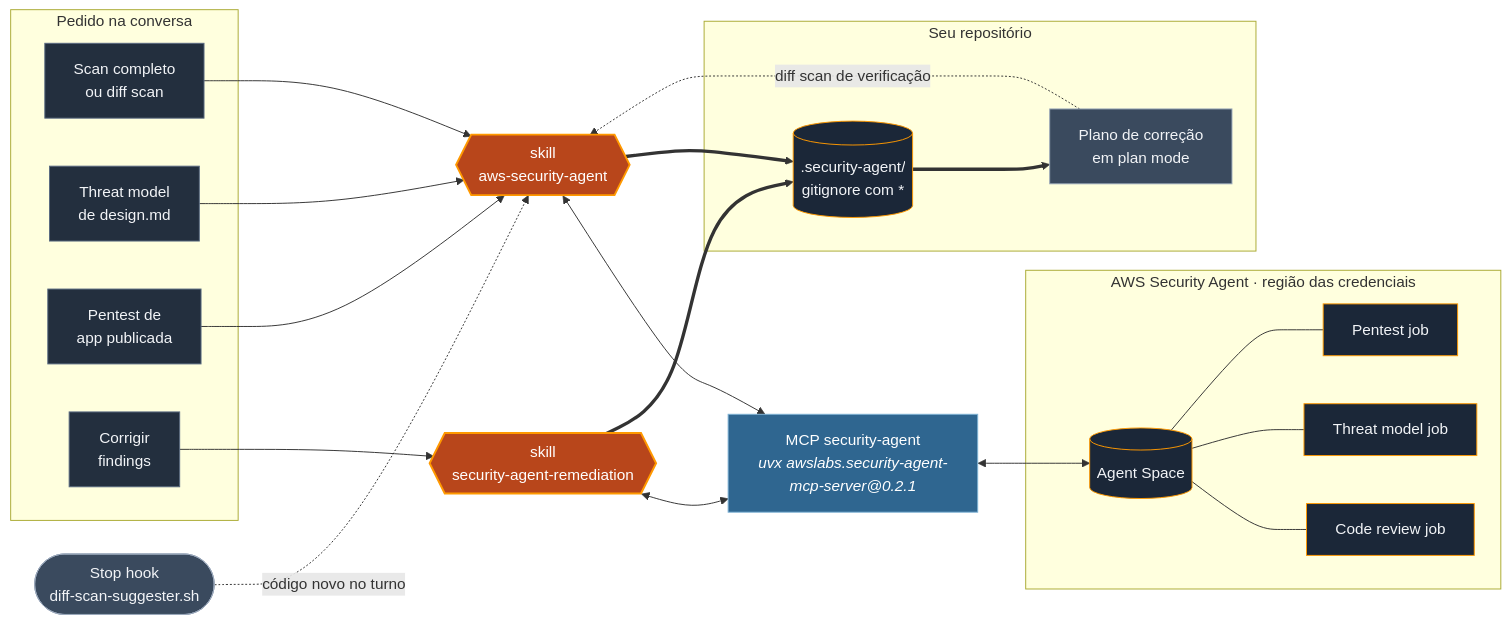
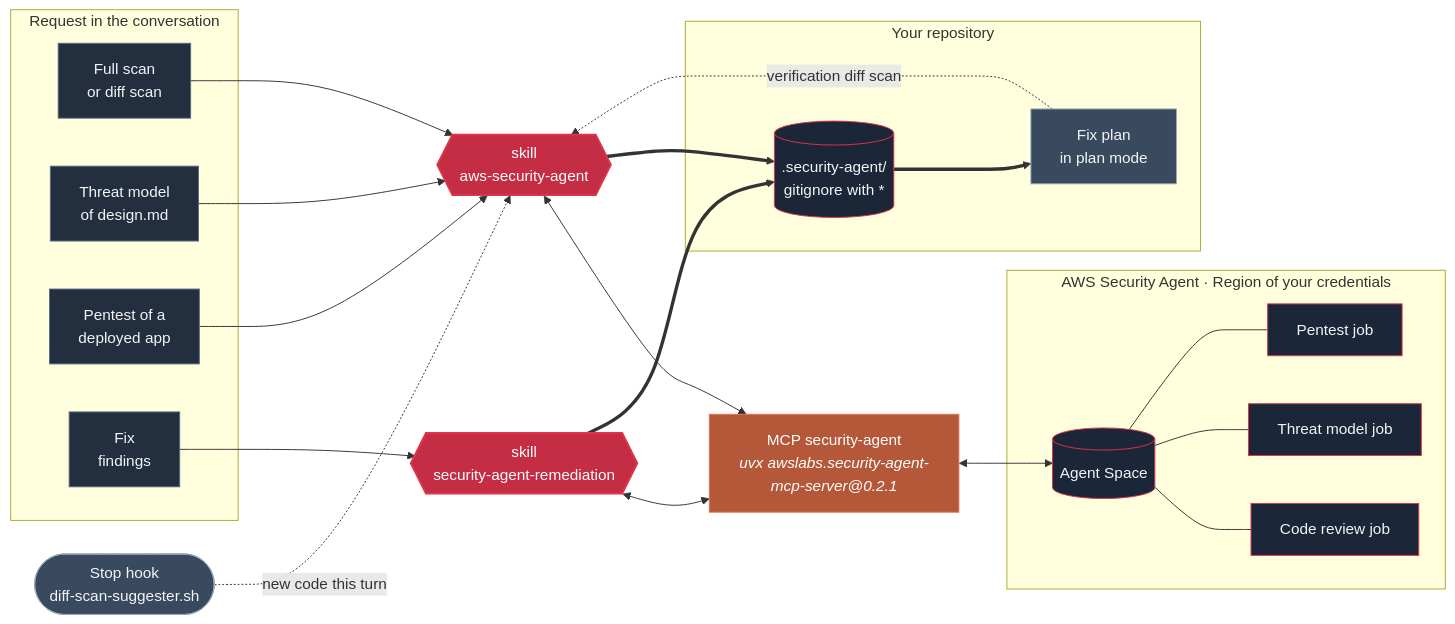
Before and after one commit to renatofigueiredods/aws-security-agent-claude: the diagram in README.md, drawn with Mermaid. The commit also changed other lines of this file and 41 other files, not shown here.

````diff
--- a/README.md
+++ b/README.md
@@ -79,54 +110,54 @@
 ```mermaid
 flowchart LR
-    subgraph pedido["Pedido na conversa"]
-        A["Scan completo<br/>ou diff scan"]
-        B["Threat model<br/>de design.md"]
-        C["Pentest de<br/>app publicada"]
-        D["Corrigir<br/>findings"]
+    subgraph ask["Request in the conversation"]
+        A["Full scan<br/>or diff scan"]
+        B["Threat model<br/>of design.md"]
+        C["Pentest of a<br/>deployed app"]
+        D["Fix<br/>findings"]
     end
 
     SK1{{"skill<br/>aws-security-agent"}}
     SK2{{"skill<br/>security-agent-remediation"}}
     MCP["MCP security-agent<br/><i>uvx awslabs.security-agent-mcp-server@0.2.1</i>"]
 
-    subgraph aws["AWS Security Agent · região das credenciais"]
+    subgraph aws["AWS Security Agent · Region of your credentials"]
         AS[("Agent Space")]
         J1["Code review job"]
         J2["Threat model job"]
         J3["Pentest job"]
     end
 
-    subgraph repo["Seu repositório"]
-        F[(".security-agent/<br/>gitignore com *")]
-        P["Plano de correção<br/>em plan mode"]
+    subgraph repo["Your repository"]
+        F[(".security-agent/<br/>gitignore with *")]
+        P["Fix plan<br/>in plan mode"]
     end
 
     H(["Stop hook<br/>diff-scan-suggester.sh"])
 
     A --> SK1
     B --> SK1
     C --> SK1
     D --> SK2
     SK1 <--> MCP
     SK2 <--> MCP
     MCP <--> AS
     AS --- J1
     AS --- J2
     AS --- J3
     SK1 ==> F
     SK2 ==> F
     F ==> P
-    P -. "diff scan de verificação" .-> SK1
-    H -. "código novo no turno" .-> SK1
+    P -. "verification diff scan" .-> SK1
+    H -. "new code this turn" .-> SK1
 
     classDef src fill:#232F3E,stroke:#5A6B82,stroke-width:1px,color:#F2F4F7
-    classDef core fill:#B8461B,stroke:#FF9900,stroke-width:2px,color:#FFFFFF
-    classDef mcp fill:#2F6690,stroke:#7FB3D5,stroke-width:1px,color:#FFFFFF
-    classDef store fill:#1B2738,stroke:#FF9900,stroke-width:1px,color:#F2F4F7
+    classDef core fill:#C42D44,stroke:#DD344C,stroke-width:2px,color:#FFFFFF
+    classDef mcp fill:#B5583A,stroke:#D97757,stroke-width:1px,color:#FFFFFF
+    classDef store fill:#1B2738,stroke:#DD344C,stroke-width:1px,color:#F2F4F7
     classDef out fill:#3A4A5E,stroke:#9AA8BA,stroke-width:1px,color:#F2F4F7
     class A,B,C,D src
     class SK1,SK2 core
     class MCP mcp
     class AS,J1,J2,J3,F store
     class P,H out
 ```
````
